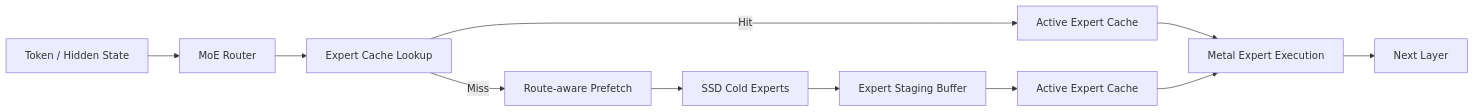
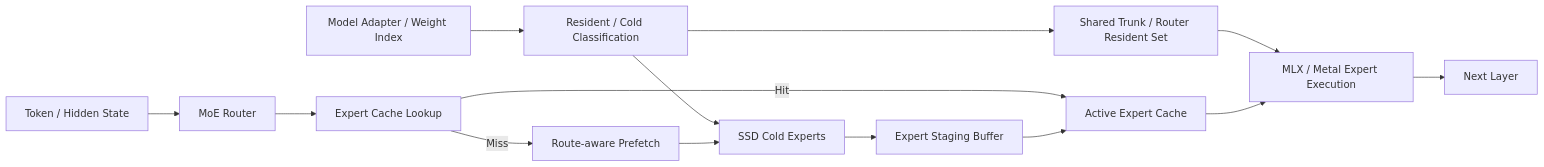
One commit to j835111/LLM-serving-framework changed the second of 3 diagrams in oMLX-系統架構模組圖.md. Above: the diagram before and after it, drawn with Mermaid. The commit also changed other lines of this file and 7 other files, not shown here.

````diff
--- a/oMLX-系統架構模組圖.md
+++ b/oMLX-系統架構模組圖.md
@@ -333,13 +466,16 @@
 ```mermaid
 flowchart LR
-    A["Token / Hidden State"] --> B["MoE Router"]
-    B --> C["Expert Cache Lookup"]
-    C -->|Hit| D["Active Expert Cache"]
-    C -->|Miss| E["Route-aware Prefetch"]
-    E --> F["SSD Cold Experts"]
-    F --> G["Expert Staging Buffer"]
-    G --> H["Active Expert Cache"]
-    D --> I["Metal Expert Execution"]
-    H --> I
-    I --> J["Next Layer"]
+    A["Model Adapter / Weight Index"] --> B["Resident / Cold Classification"]
+    B --> C["Shared Trunk / Router Resident Set"]
+    B --> D["SSD Cold Experts"]
+    E["Token / Hidden State"] --> F["MoE Router"]
+    F --> G["Expert Cache Lookup"]
+    G -->|Hit| H["Active Expert Cache"]
+    G -->|Miss| I["Route-aware Prefetch"]
+    I --> D
+    D --> J["Expert Staging Buffer"]
+    J --> H
+    C --> K["MLX / Metal Expert Execution"]
+    H --> K
+    K --> L["Next Layer"]
 ```
````
